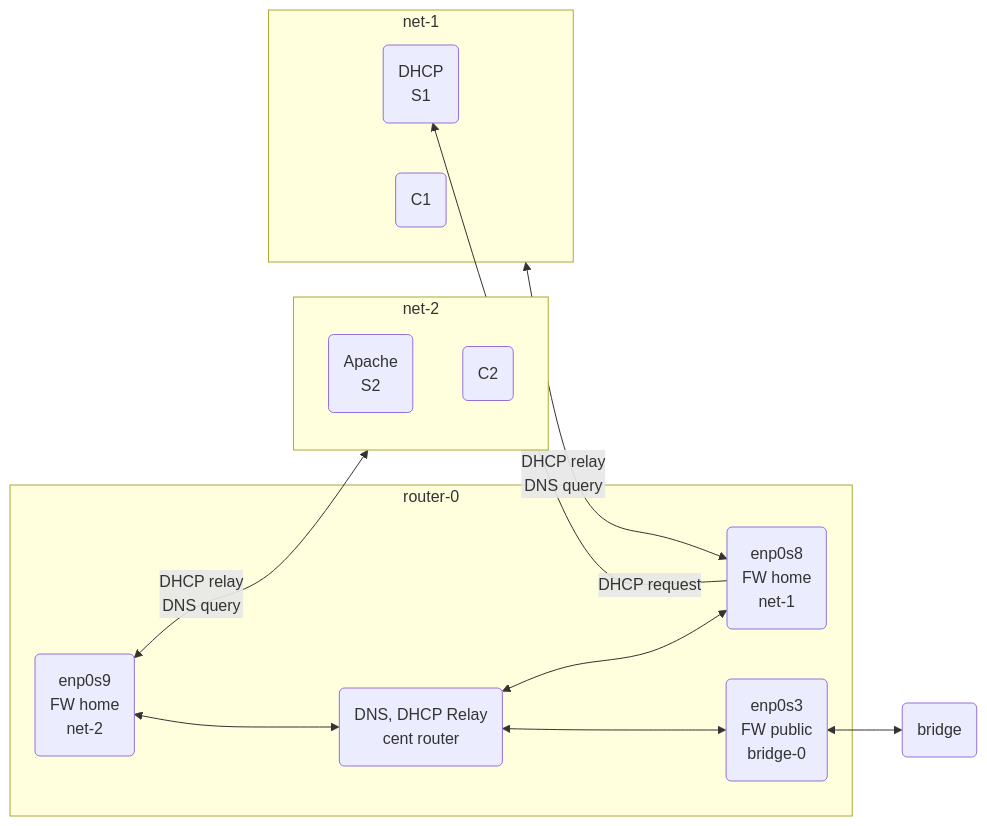
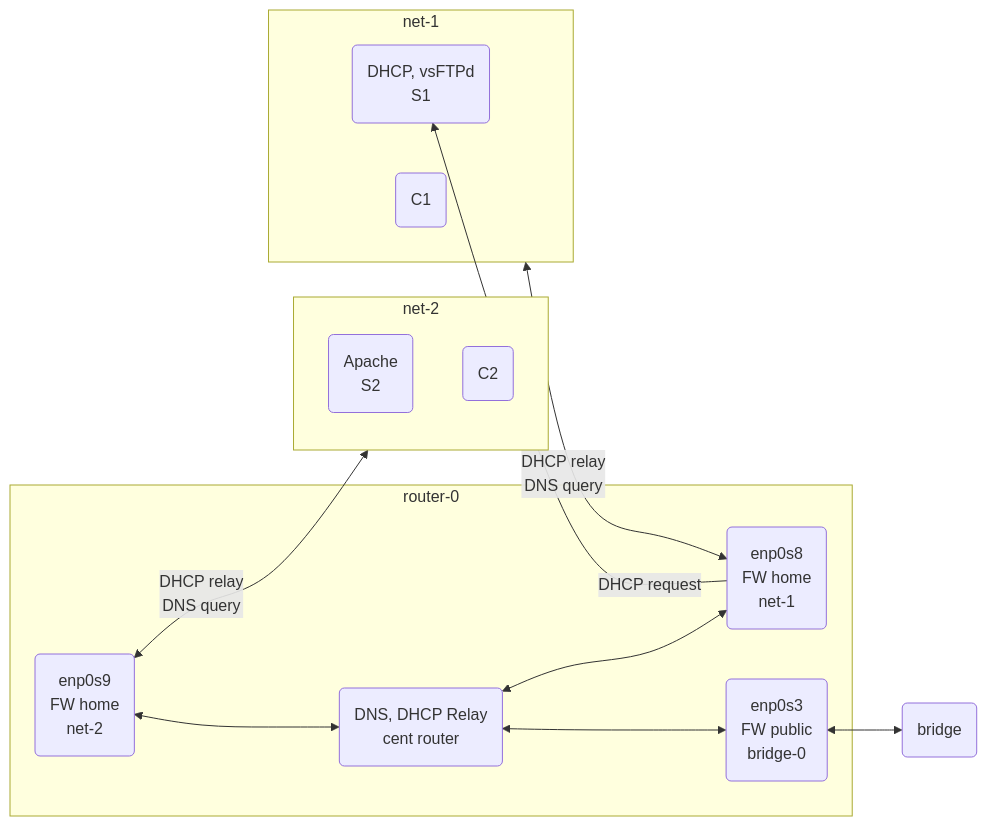
Before and after one commit to b11361213/Server-Setup-Practice: the diagram in README.md, drawn with Mermaid. The commit also changed other lines of this file and 3 other files, not shown here.

````diff
--- a/README.md
+++ b/README.md
@@ -6,46 +6,46 @@
 ```mermaid
 flowchart RL
     net-1 <-- DHCP relay \n DNS query --> router-n1
     router-n1 -- DHCP request --> S1
     net-2 <-- DHCP relay <br> DNS query --> router-n2
     bridge-1 <--> router-b0
 
     bridge-1(
         bridge)
     
     subgraph router-0
     router(
         DNS, DHCP Relay
         cent router)
     router-b0(
         enp0s3
         FW public
         bridge-0)
     router-n1(
         enp0s8
         FW home
         net-1)
     router-n2(
         enp0s9
         FW home
         net-2)
     router-b0 <--> router
     router-n1 <--> router <--> router-n2
     end
     
     subgraph net-1
     S1(
-        DHCP
+        DHCP, vsFTPd
         S1)
     C1(
         C1)
     end
 
     subgraph net-2
     S2(
         Apache
         S2)
     C2(
         C2)
     end
 ```
````
